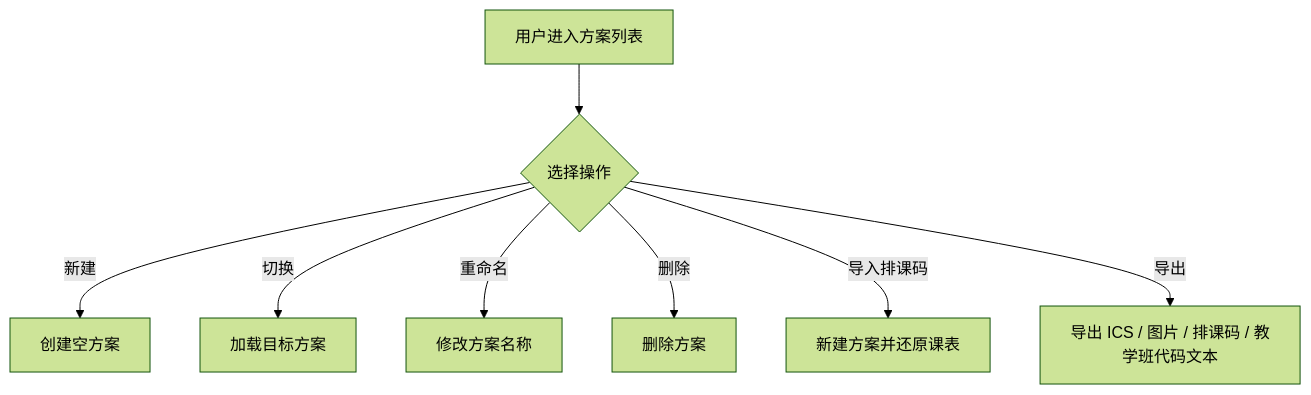
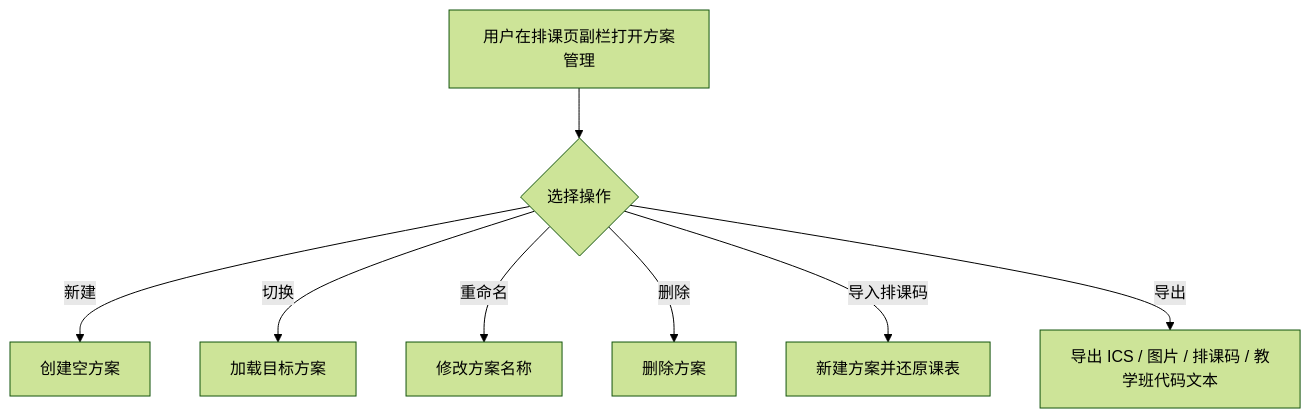
The fifth of 5 diagrams in docs/PRD-formal.md (ECNU-minus/Hydrangea), drawn with Mermaid (forest theme) before and after one commit. The commit also changed other lines of this file, not shown here.

````diff
--- a/docs/PRD-formal.md
+++ b/docs/PRD-formal.md
@@ -400,10 +467,10 @@
 ```mermaid
 flowchart TD
-    A[用户进入方案列表] --> B{选择操作}
+    A["用户在排课页副栏打开方案管理"] --> B{选择操作}
     B -- 新建 --> C[创建空方案]
     B -- 切换 --> D[加载目标方案]
     B -- 重命名 --> E[修改方案名称]
     B -- 删除 --> F[删除方案]
     B -- 导入排课码 --> G[新建方案并还原课表]
     B -- 导出 --> H[导出 ICS / 图片 / 排课码 / 教学班代码文本]
 ```
````
